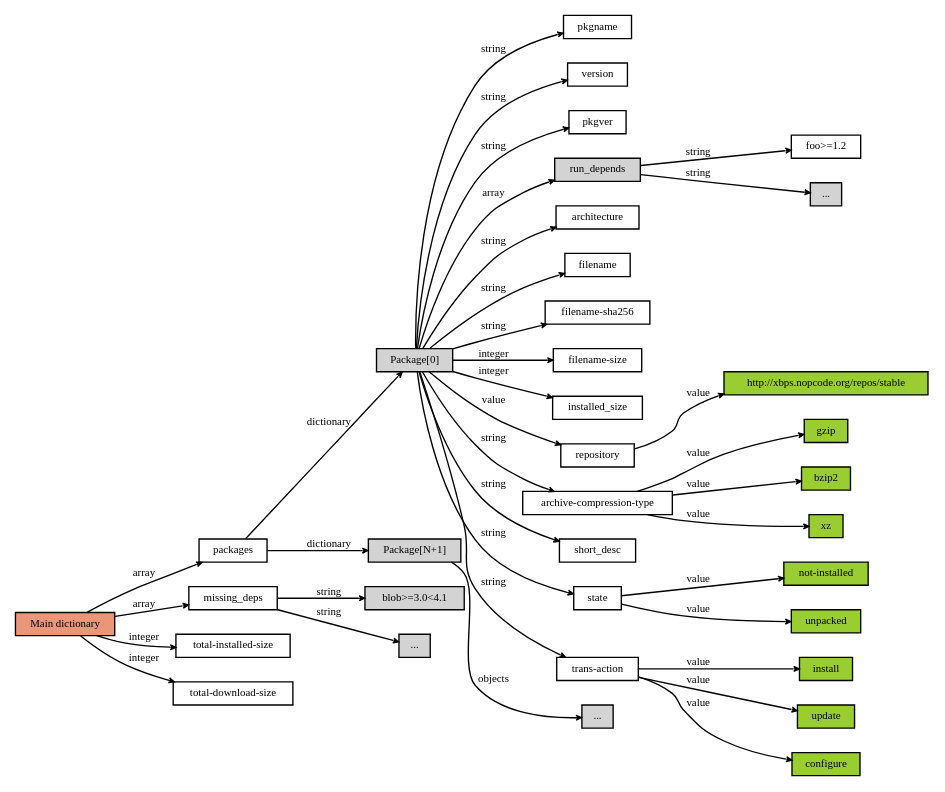
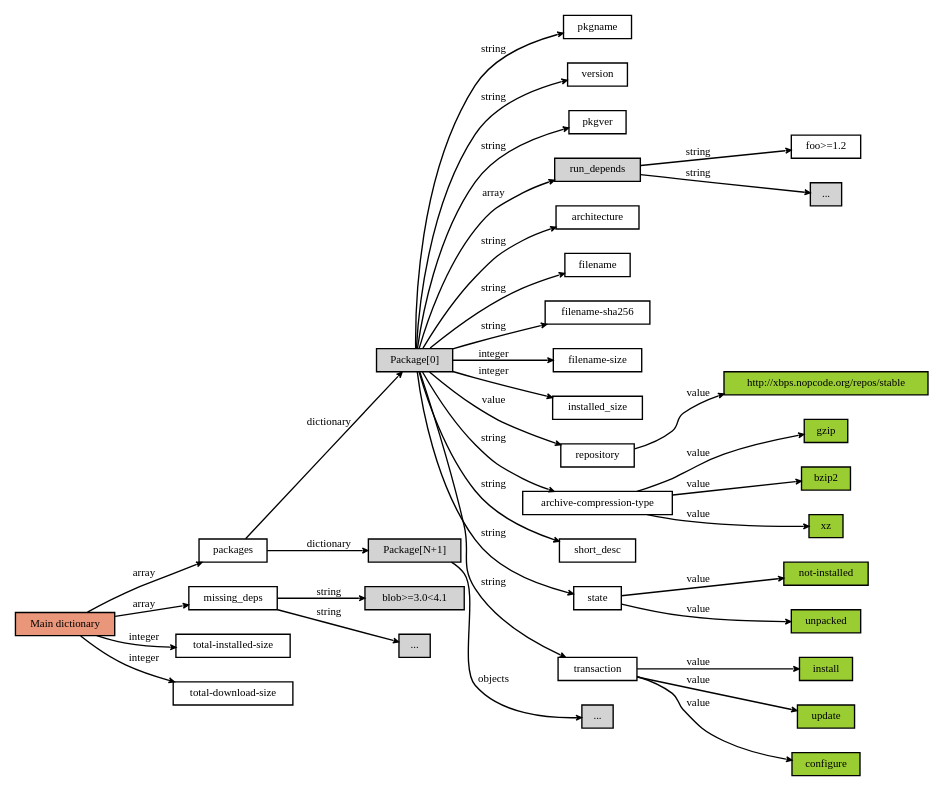
Before and after one commit to void-linux/xbps: the diagram in doc/xbps_transaction_dictionary.dot, drawn with Graphviz. The commit also changed 6 other files, not shown here.

Commit message:
Rename the transaction object key to "transaction" rater than "trans-action".

```diff
--- a/doc/xbps_transaction_dictionary.dot
+++ b/doc/xbps_transaction_dictionary.dot
@@ -1,64 +1,64 @@
 digraph transaction_dictionary {
 	graph [rankdir=LR,ranksep=".1"];
 	edge [arrowhead="vee",arrowsize="0.40",fontname="DejaVuSansCondensed",fontsize="8"];
 	node [shape=box,fontname="DejaVuSansCondensed",fontsize="8",height=".1",width=".1"];
 	main -> packages [label="array"];
 	main -> missing_deps [label="array"];
 	missing_deps -> mdep1 [label="string"];
 	missing_deps -> mdep2 [label="string"];
 	mdep1 [style=filled,label="blob>=3.0<4.1"];
 	mdep2 [style=filled,label="..."];
 	main -> totalsize [label="integer"];
 	main -> totaldlsize [label="integer"];
 	main [style=filled,fillcolor="darksalmon",label="Main dictionary"];
 	totalsize [label="total-installed-size"];
 	totaldlsize [label="total-download-size"];
 	packages -> dictionary [label="dictionary"];
 	packages -> dictionary2 [label="dictionary"];
 	dictionary [style=filled,label="Package[0]"];
 	dictionary2 [style=filled,label="Package[N+1]"];
 	dictionary2 -> dict2_objs [label="objects"];
 	dict2_objs [style=filled,label="..."];
 	dictionary -> pkgname [label="string"];
 	dictionary -> version [label="string"];
 	dictionary -> pkgver [label="string"];
 	dictionary -> run_depends [label="array"];
 	run_depends [style=filled];
 	run_depends -> rundep1_string [label="string"];
 	run_depends -> rundep2_string [label="string"];
 	rundep1_string [label="foo>=1.2"];
 	rundep2_string [style=filled,label="..."];
 	dictionary -> architecture [label="string"];
 	dictionary -> filename [label="string"];
 	dictionary -> fnamesha256 [label="string"];
 	fnamesha256 [label="filename-sha256"];
 	dictionary -> fnamesize [label="integer"];
 	fnamesize [label="filename-size"];
 	dictionary -> instsize [label="integer"];
 	instsize [label="installed_size"];
 	dictionary -> repository [label="value"];
 	repository -> repoval [label="value"];
 	repoval [style=filled,fillcolor="yellowgreen",label="http://xbps.nopcode.org/repos/stable"];
 	dictionary -> archive_comptype [label="string"];
 	archive_comptype [label="archive-compression-type"];
 	archive_comptype -> comptype_gz [label="value"];
 	archive_comptype -> comptype_bz [label="value"];
 	archive_comptype -> comptype_xz [label="value"];
 	comptype_gz [style=filled,fillcolor="yellowgreen",label="gzip"];
 	comptype_bz [style=filled,fillcolor="yellowgreen",label="bzip2"];
 	comptype_xz [style=filled,fillcolor="yellowgreen",label="xz"];
 	dictionary -> short_desc [label="string"];
 	dictionary -> state [label="string"];
 	state -> state_notinst [label="value"];
 	state -> state_unpacked [label="value"];
 	state_notinst [style=filled,fillcolor="yellowgreen",label="not-installed"];
 	state_unpacked [style=filled,fillcolor="yellowgreen",label="unpacked"];
 	dictionary -> trans_action [label="string"];
-	trans_action [label="trans-action"];
+	trans_action [label="transaction"];
 	trans_action -> tract_inst [label="value"];
 	trans_action -> tract_up [label="value"];
 	trans_action -> tract_cf [label="value"];
 	tract_inst [style=filled,fillcolor="yellowgreen",label="install"];
 	tract_up [style=filled,fillcolor="yellowgreen",label="update"];
 	tract_cf [style=filled,fillcolor="yellowgreen",label="configure"];
 }
```
